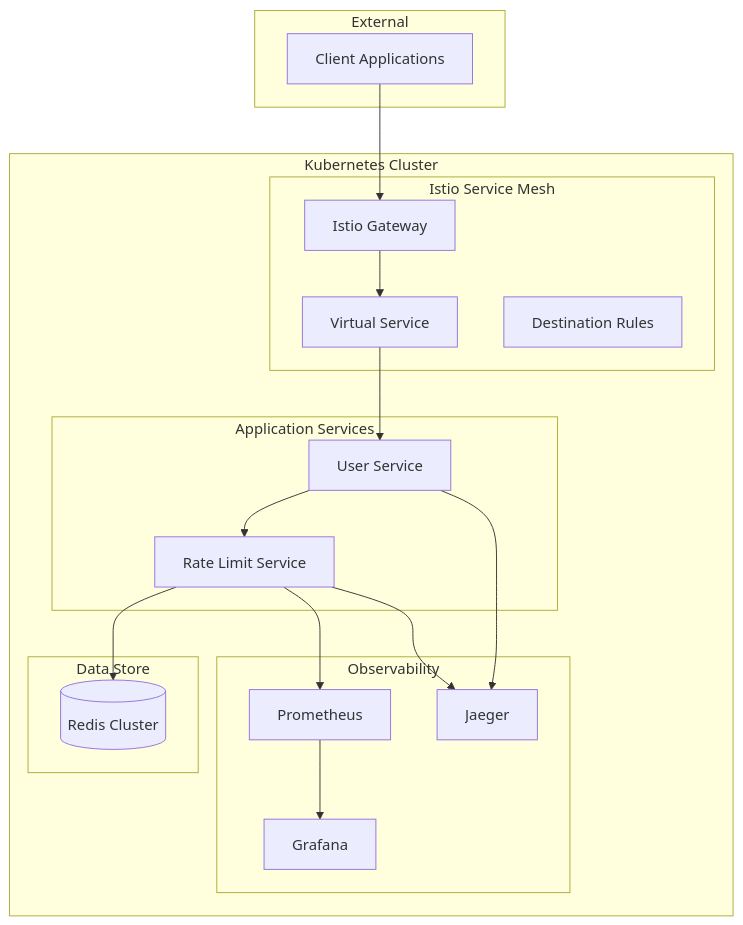
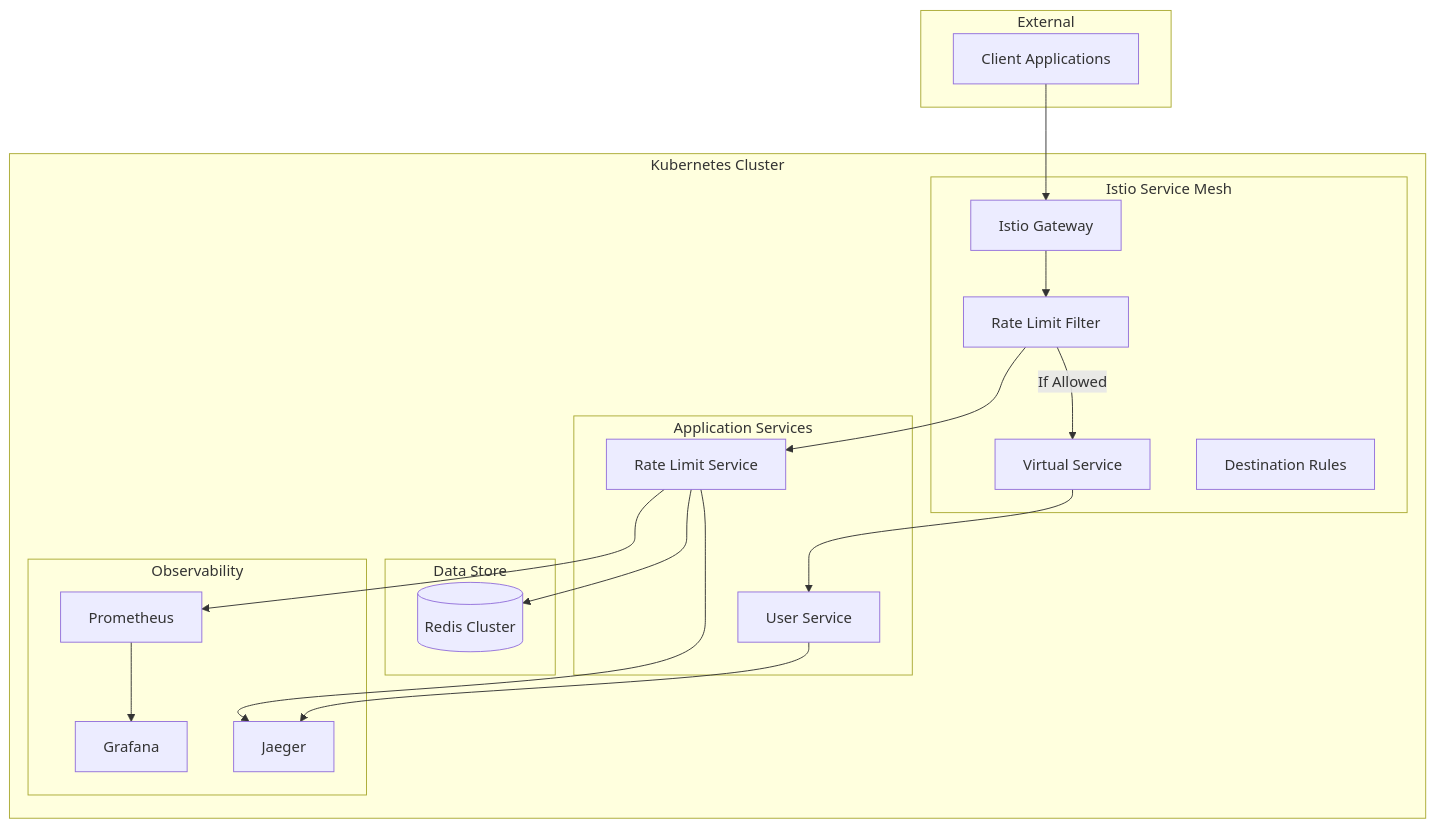
Before and after one commit to ramisback/istio-rate-limiter: the first of 17 diagrams in docs/01-architecture.md, drawn with Mermaid.

Commit message:
docs: architecture updated

````diff
--- a/docs/01-architecture.md
+++ b/docs/01-architecture.md
@@ -138,39 +138,41 @@
 ```mermaid
 graph TB
     subgraph "External"
         Client[Client Applications]
     end
 
     subgraph "Kubernetes Cluster"
         subgraph "Istio Service Mesh"
             Gateway[Istio Gateway]
+            RLF[Rate Limit Filter]
             VS[Virtual Service]
             DR[Destination Rules]
         end
 
         subgraph "Application Services"
             US[User Service]
             RLS[Rate Limit Service]
         end
 
         subgraph "Data Store"
             Redis[(Redis Cluster)]
         end
 
         subgraph "Observability"
             Prometheus[Prometheus]
             Grafana[Grafana]
             Jaeger[Jaeger]
         end
     end
 
     Client --> Gateway
-    Gateway --> VS
+    Gateway --> RLF
+    RLF --> RLS
+    RLS --> Redis
+    RLF -->|If Allowed| VS
     VS --> US
-    US --> RLS
-    RLS --> Redis
     RLS --> Prometheus
     Prometheus --> Grafana
     US --> Jaeger
     RLS --> Jaeger
 ```
````
